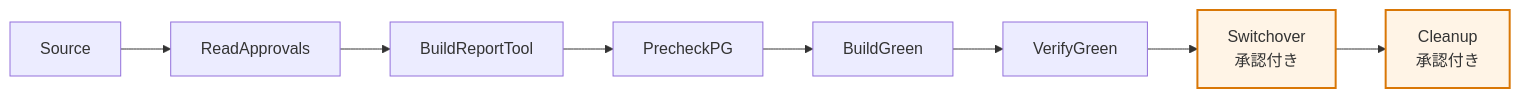
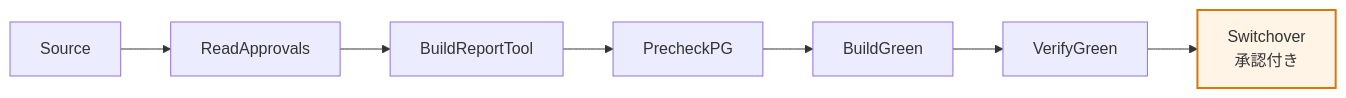
The second of 2 diagrams in docs/rds_mysql_upgrade/operations-migration-run.md (rxsxkxd/pk), drawn with Mermaid before and after one commit. The commit also changed other lines of this file and 16 other files, not shown here.

````diff
--- a/docs/rds_mysql_upgrade/operations-migration-run.md
+++ b/docs/rds_mysql_upgrade/operations-migration-run.md
@@ -168,8 +168,8 @@
 ```mermaid
 flowchart LR
     S["Source"] --> RA["ReadApprovals"] --> BRT["BuildReportTool"] --> PC["PrecheckPG"] --> BG["BuildGreen"] --> VG["VerifyGreen"]
-    VG --> SW["Switchover<br/>承認付き"] --> CU["Cleanup<br/>承認付き"]
+    VG --> SW["Switchover<br/>承認付き"]
 
     classDef gate fill:#fff4e6,stroke:#d97706,stroke-width:2px
-    class SW,CU gate
+    class SW gate
 ```
````
